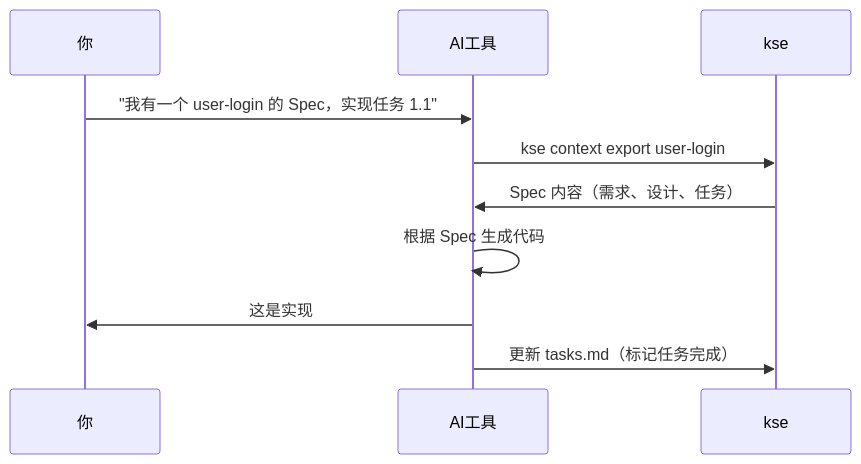
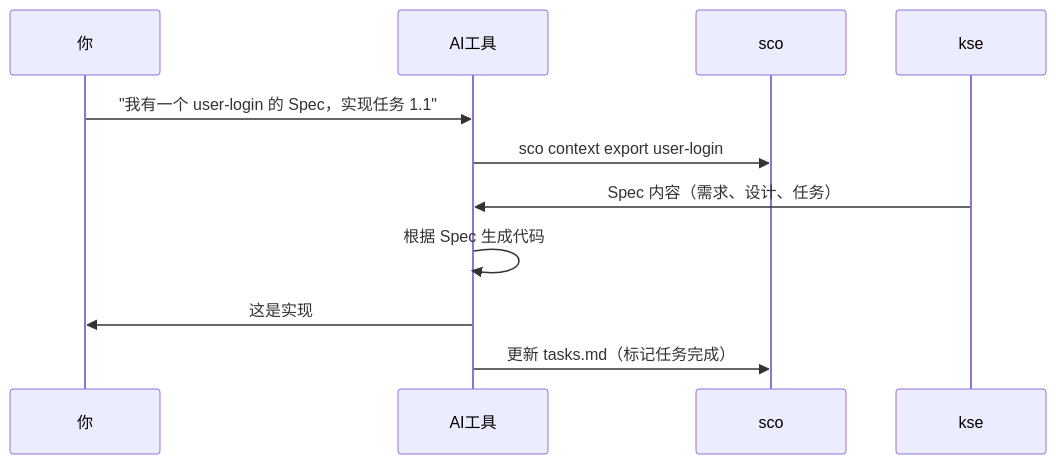
The second of 2 diagrams in README.zh.md (LuChangQiu/kiro-spec-engine), drawn with Mermaid before and after one commit. The commit also changed other lines of this file and 14 other files, not shown here.

````diff
--- a/README.zh.md
+++ b/README.zh.md
@@ -224,12 +225,12 @@
 ```mermaid
 sequenceDiagram
     participant 你
     participant AI工具
-    participant kse
+    participant sco
     你->>AI工具: "我有一个 user-login 的 Spec，实现任务 1.1"
-    AI工具->>kse: kse context export user-login
+    AI工具->>sco: sco context export user-login
     kse->>AI工具: Spec 内容（需求、设计、任务）
     AI工具->>AI工具: 根据 Spec 生成代码
     AI工具->>你: 这是实现
-    AI工具->>kse: 更新 tasks.md（标记任务完成）
+    AI工具->>sco: 更新 tasks.md（标记任务完成）
 ```
````
